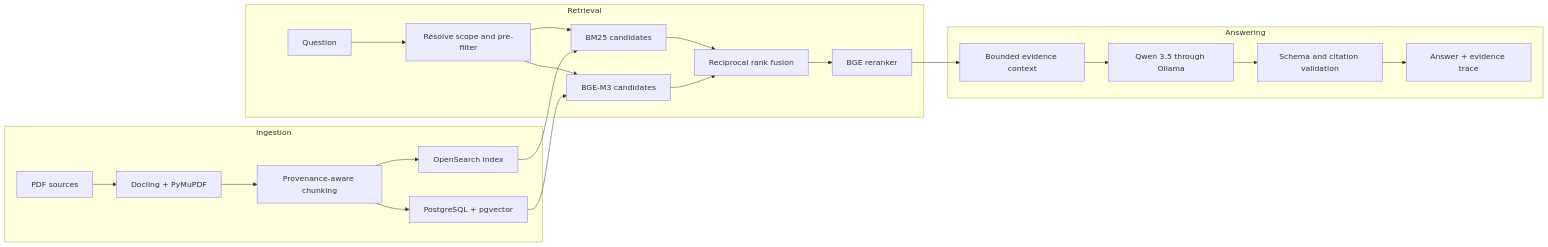
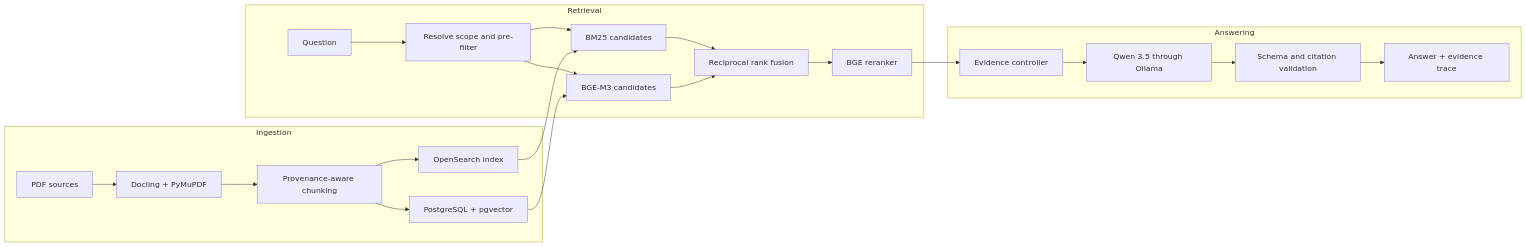
The diagram in README.md (Kaezzey/race-vault), drawn with Mermaid before and after one commit. The commit also changed other lines of this file and 2 other files, not shown here.

````diff
--- a/README.md
+++ b/README.md
@@ -56,28 +41,28 @@
 ```mermaid
 flowchart LR
   subgraph Ingestion
     PDF["PDF sources"] --> EX["Docling + PyMuPDF"]
     EX --> CH["Provenance-aware chunking"]
     CH --> OS["OpenSearch index"]
     CH --> PG["PostgreSQL + pgvector"]
   end
 
   subgraph Retrieval
     Q["Question"] --> PF["Resolve scope and pre-filter"]
     PF --> BM["BM25 candidates"]
     PF --> BG["BGE-M3 candidates"]
     BM --> RRF["Reciprocal rank fusion"]
     BG --> RRF
     RRF --> RR["BGE reranker"]
   end
 
   subgraph Answering
-    RR --> EV["Bounded evidence context"]
+    RR --> EV["Evidence controller"]
     EV --> LLM["Qwen 3.5 through Ollama"]
     LLM --> VA["Schema and citation validation"]
     VA --> UI["Answer + evidence trace"]
   end
 
   OS --> BM
   PG --> BG
 ```
````
